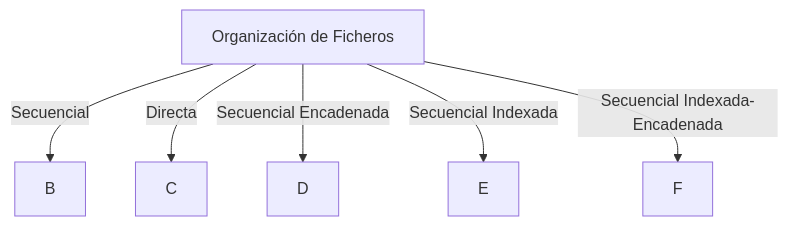
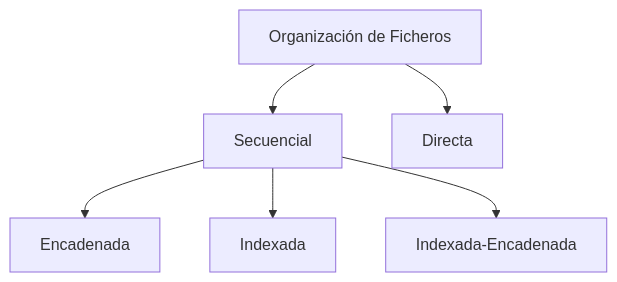
One commit to dgmx/www changed the second of 2 diagrams in maps/tema13.md. Above: the diagram before and after it, drawn with Mermaid. The commit also changed other lines of this file and 1 other file, not shown here.

Commit message:
Cambios Tema 13 Maps

````diff
--- a/maps/tema13.md
+++ b/maps/tema13.md
@@ -54,8 +55,8 @@
 ```mermaid
 graph TD;
-    A[Organización de Ficheros] -->|Secuencial| B;
-    A -->|Directa| C;
-    A -->|Secuencial Encadenada| D;
-    A -->|Secuencial Indexada| E;
-    A -->|Secuencial Indexada-Encadenada| F;
+    A["Organización de Ficheros"] --> B["Secuencial"]
+    A --> C["Directa"]
+    B["Secuencial"] --> B1["Encadenada"]
+    B --> B2["Indexada"]
+    B --> B3["Indexada-Encadenada"]
 ```
````
